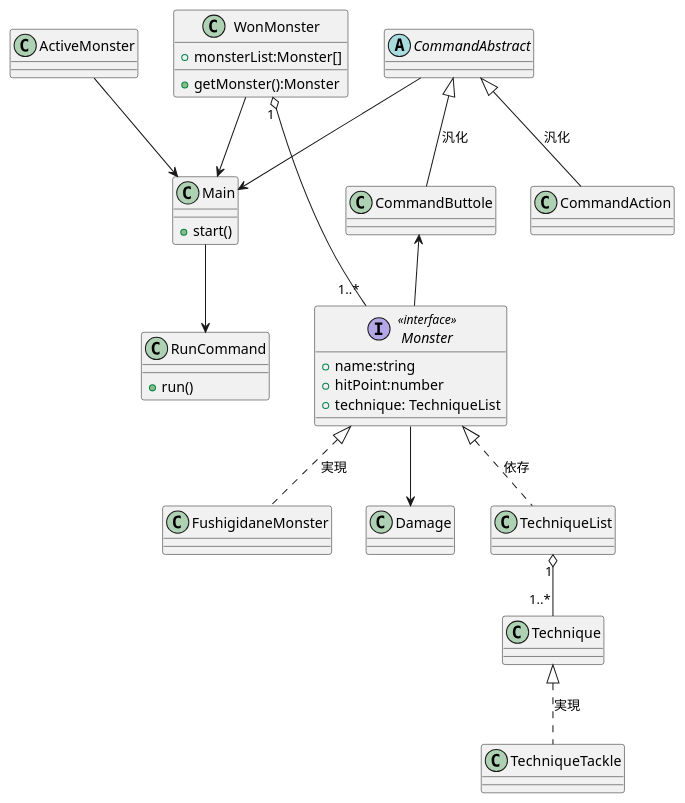
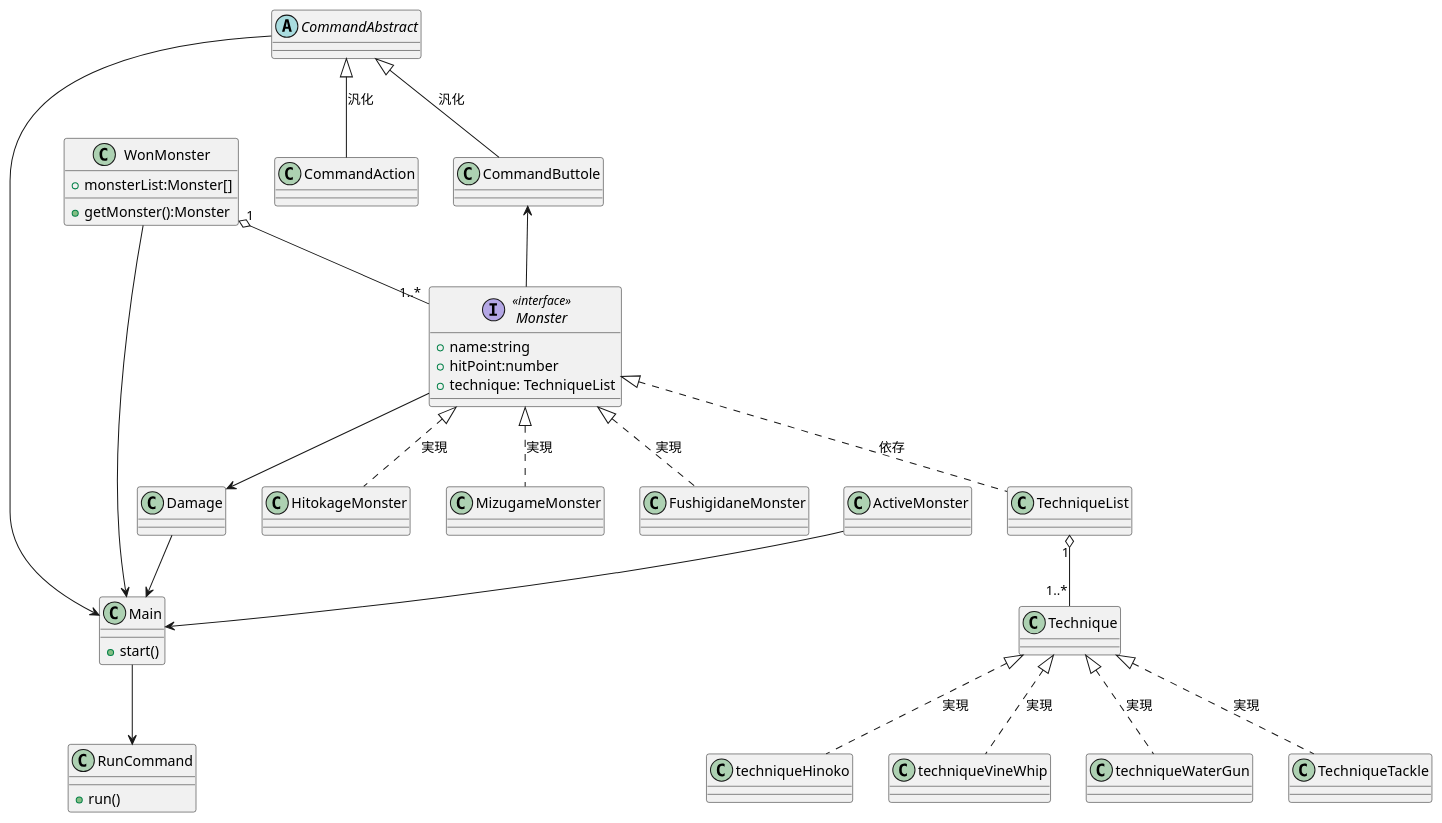
Before and after one commit to Nash-BETA/battle_app: the diagram in test.pu, drawn with PlantUML. The commit also changed 15 other files, not shown here.

```diff
--- a/test.pu
+++ b/test.pu
@@ -1,50 +1,64 @@
 @startuml TwiitDisplay
 
 class RunCommand{
     + run()
 }
 class Main{
     + start()
 }
 
 class WonMonster{
     + monsterList:Monster[]
     + getMonster():Monster
 }
 
 interface Monster <<interface>>{
     + name:string
     + hitPoint:number
     + technique: TechniqueList
 }
 class FushigidaneMonster {
 }
 class ActiveMonster{
 }
 abstract class CommandAbstract{
 }
 
 class CommandAction{
 }
 class CommandButtole{
 }
 class Technique{
 }
 class TechniqueTackle{
 }
 
 
 Main --> RunCommand
 WonMonster --> Main
 CommandAbstract --> Main
 ActiveMonster --> Main
 Monster --> Damage
+Damage --> Main
 WonMonster "1" o-- "1..*" Monster
+
+TechniqueList "1" o-- "1..*" Technique
+
+Monster <|.. TechniqueList :依存
+
 Monster  <|.. FushigidaneMonster : 実現
+Monster  <|.. HitokageMonster : 実現
+Monster  <|.. MizugameMonster : 実現
+
+
 CommandAbstract <|-- CommandAction :汎化
 CommandAbstract <|-- CommandButtole :汎化
+CommandButtole <-- Monster
+
 Technique  <|.. TechniqueTackle : 実現
-Monster <|.. TechniqueList :依存
-TechniqueList "1" o-- "1..*" Technique
-CommandButtole <-- Monster
+Technique  <|.. techniqueHinoko : 実現
+Technique  <|.. techniqueVineWhip : 実現
+Technique  <|.. techniqueWaterGun : 実現
+
+
 @enduml
```
